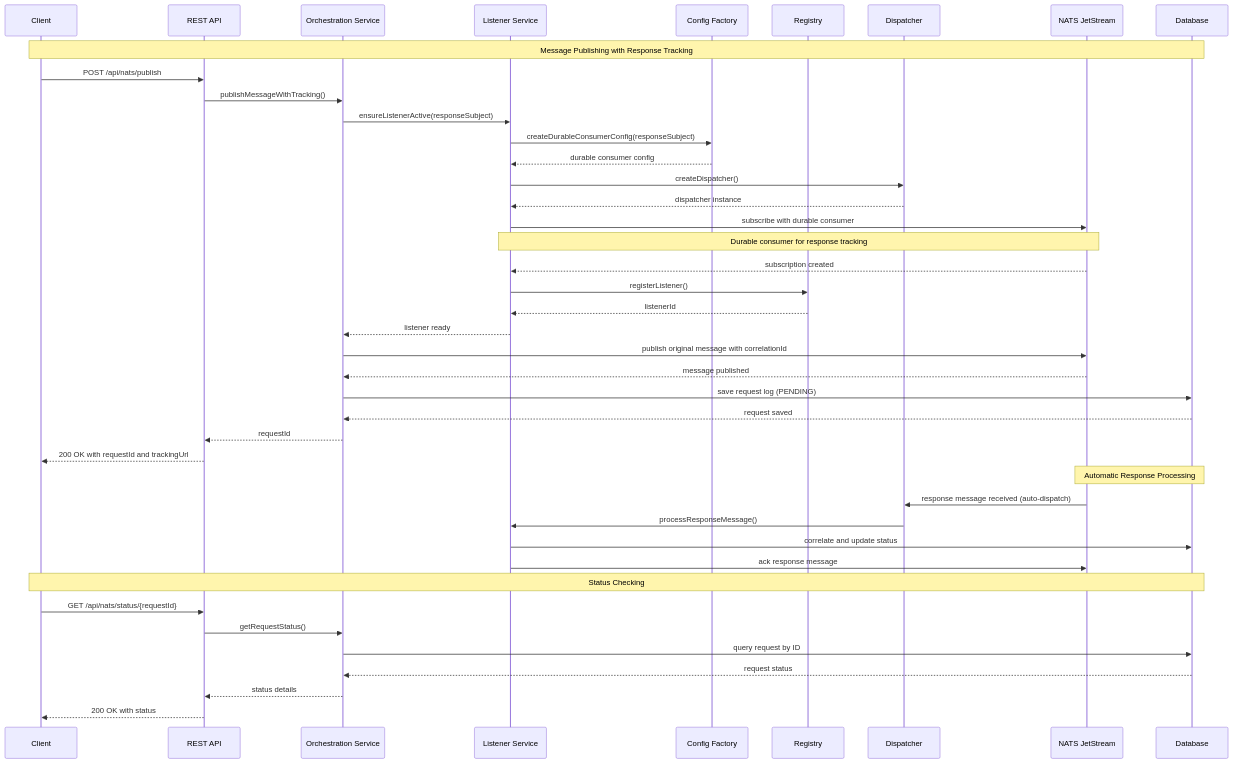
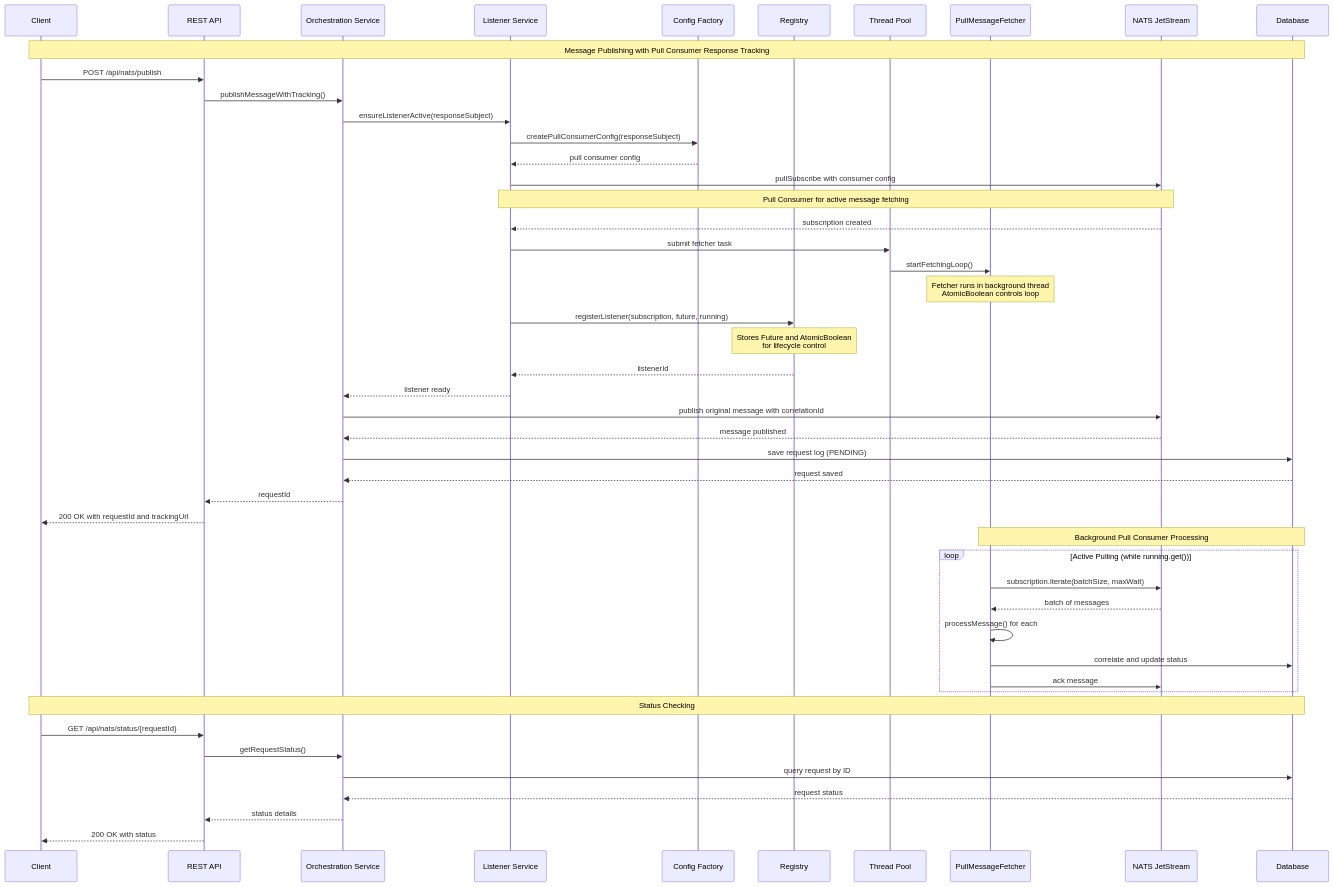
The second of 7 diagrams in docs/ARCHITECTURE_DIAGRAMS.md (fantong11/nats-client), drawn with Mermaid before and after one commit. The commit also changed other lines of this file and 11 other files, not shown here.

First line of the commit message:
feat: Implement PullMessageFetcher and associated tests

````diff
--- a/docs/ARCHITECTURE_DIAGRAMS.md
+++ b/docs/ARCHITECTURE_DIAGRAMS.md
@@ -86,57 +93,63 @@
 ```mermaid
 sequenceDiagram
     participant C as Client
     participant API as REST API
     participant O as Orchestration Service
     participant L as Listener Service
     participant CF as Config Factory
     participant R as Registry
-    participant D as Dispatcher
+    participant TP as Thread Pool
+    participant F as PullMessageFetcher
     participant N as NATS JetStream
     participant DB as Database
 
-    Note over C,DB: Message Publishing with Response Tracking
+    Note over C,DB: Message Publishing with Pull Consumer Response Tracking
 
     C->>API: POST /api/nats/publish
     API->>O: publishMessageWithTracking()
-    
+
     O->>L: ensureListenerActive(responseSubject)
-    L->>CF: createDurableConsumerConfig(responseSubject)
-    CF-->>L: durable consumer config
-    
-    L->>D: createDispatcher()
-    D-->>L: dispatcher instance
-    
-    L->>N: subscribe with durable consumer
-    Note over L,N: Durable consumer for response tracking
+    L->>CF: createPullConsumerConfig(responseSubject)
+    CF-->>L: pull consumer config
+
+    L->>N: pullSubscribe with consumer config
+    Note over L,N: Pull Consumer for active message fetching
     N-->>L: subscription created
-    
-    L->>R: registerListener()
+
+    L->>TP: submit fetcher task
+    TP->>F: startFetchingLoop()
+    Note over F: Fetcher runs in background thread<br/>AtomicBoolean controls loop
+
+    L->>R: registerListener(subscription, future, running)
+    Note over R: Stores Future and AtomicBoolean<br/>for lifecycle control
     R-->>L: listenerId
     L-->>O: listener ready
-    
+
     O->>N: publish original message with correlationId
     N-->>O: message published
-    
+
     O->>DB: save request log (PENDING)
     DB-->>O: request saved
-    
+
     O-->>API: requestId
     API-->>C: 200 OK with requestId and trackingUrl
 
-    Note over N,DB: Automatic Response Processing
+    Note over F,DB: Background Pull Consumer Processing
 
-    N->>D: response message received (auto-dispatch)
-    D->>L: processResponseMessage()
-    L->>DB: correlate and update status
-    L->>N: ack response message
-    
+    loop Active Pulling (while running.get())
+        F->>N: subscription.iterate(batchSize, maxWait)
+        N-->>F: batch of messages
+        F->>F: processMessage() for each
+        F->>DB: correlate and update status
+        F->>N: ack message
+    end
+
     Note over C,DB: Status Checking
-    
+
     C->>API: GET /api/nats/status/{requestId}
     API->>O: getRequestStatus()
     O->>DB: query request by ID
     DB-->>O: request status
     O-->>API: status details
     API-->>C: 200 OK with status
 ```
````
